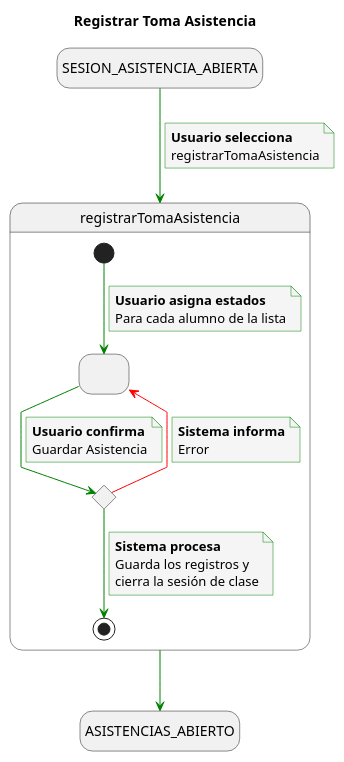
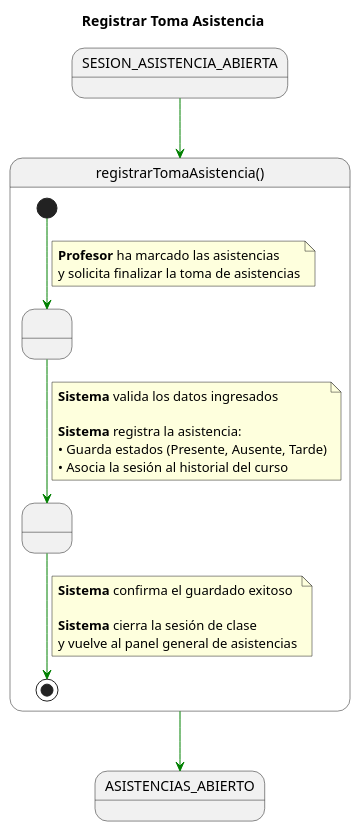
The diagram in documents/CasosDeUso/DetalladoCasosDeUso/Profesor/registrarTomaAsistencia.puml (enmabry/25-26-IdSw1-SdR), drawn with PlantUML before and after one commit. The commit also changed 11 other files, not shown here.

```diff
--- a/documents/CasosDeUso/DetalladoCasosDeUso/Profesor/registrarTomaAsistencia.puml
+++ b/documents/CasosDeUso/DetalladoCasosDeUso/Profesor/registrarTomaAsistencia.puml
@@ -1,54 +1,43 @@
 @startuml
 title Registrar Toma Asistencia
 
-skinparam {
-    NoteBackgroundColor #whiteSmoke
-    ArrowColor #green
-    NoteBorderColor #green
-    linetype polyline
+skinparam linetype polyline
+
+state SESION_ASISTENCIA_ABIERTA_INICIAL as "SESION_ASISTENCIA_ABIERTA"
+state ASISTENCIAS_ABIERTO_FINAL as "ASISTENCIAS_ABIERTO"
+
+SESION_ASISTENCIA_ABIERTA_INICIAL -[#green]-> registrarTomaAsistencia
+
+state registrarTomaAsistencia as "registrarTomaAsistencia()" {
+
+    state " " as VerificandoEstado
+    state " " as GuardadoConfirmado
+
+    [*] -[#green]-> VerificandoEstado
+    note on link
+    <b>Profesor</b> ha marcado las asistencias
+    y solicita finalizar la toma de asistencias
+    end note
+
+    VerificandoEstado -[#green]-> GuardadoConfirmado
+    note on link
+    <b>Sistema</b> valida los datos ingresados
+    
+    <b>Sistema</b> registra la asistencia:
+    • Guarda estados (Presente, Ausente, Tarde)
+    • Asocia la sesión al historial del curso
+    end note
+
+    GuardadoConfirmado -[#green]-> [*]
+    note on link
+    <b>Sistema</b> confirma el guardado exitoso
+
+    <b>Sistema</b> cierra la sesión de clase
+    y vuelve al panel general de asistencias
+    end note
+
 }
 
-hide empty description
-
-state startState as "SESION_ASISTENCIA_ABIERTA"
-state endState as "ASISTENCIAS_ABIERTO"
-
-startState --> registrarTomaAsistencia
-note on link
-    <b>Usuario selecciona</b>
-    registrarTomaAsistencia
-end note
-
-state registrarTomaAsistencia {
-    state MarcadoDeAlumnos as " "
-    state ValidarCompletitud <<choice>>
-
-    [*] --> MarcadoDeAlumnos
-    note on link
-        <b>Usuario asigna estados</b>
-        Para cada alumno de la lista
-    end note
-
-    MarcadoDeAlumnos --> ValidarCompletitud
-    note on link
-        <b>Usuario confirma</b>
-        Guardar Asistencia
-    end note
-
-    ValidarCompletitud -[#red]-> MarcadoDeAlumnos
-    note on link
-        <b>Sistema informa</b>
-        Error
-    end note
-
-    ValidarCompletitud --> [*]
-    note on link
-        <b>Sistema procesa</b>
-        Guarda los registros y 
-        cierra la sesión de clase
-    end note
-}
-
-registrarTomaAsistencia --> endState
+registrarTomaAsistencia -[#green]-> ASISTENCIAS_ABIERTO_FINAL
 
 @enduml
```
